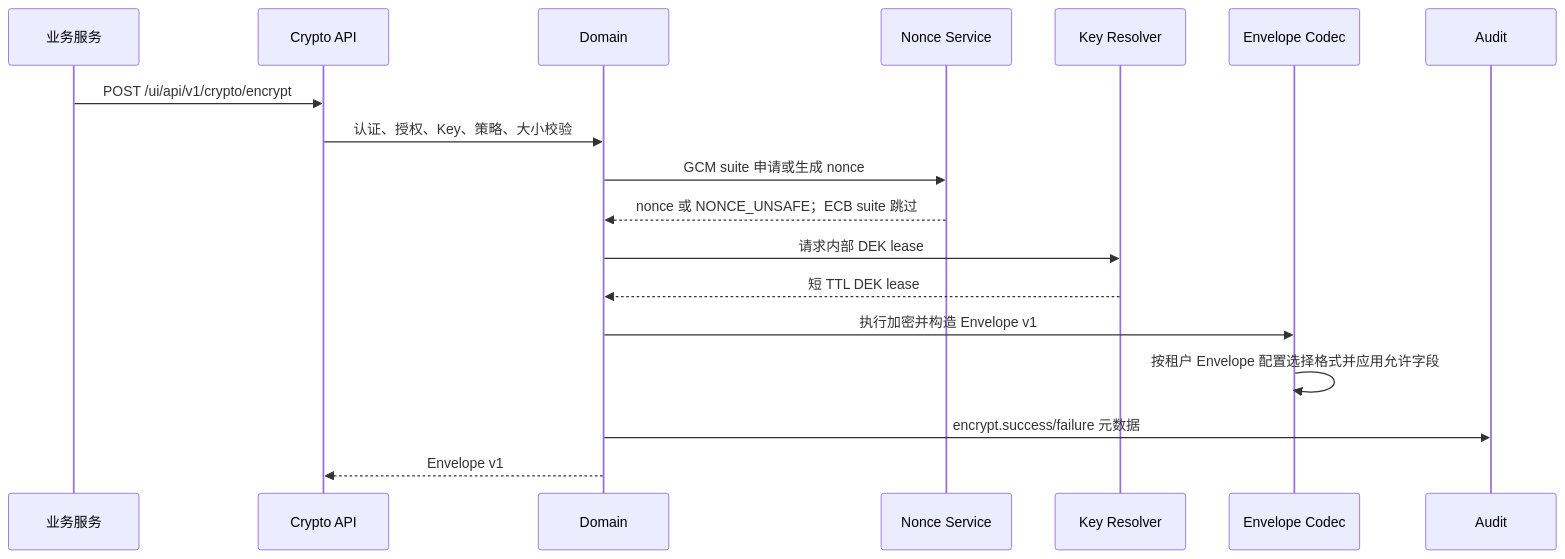
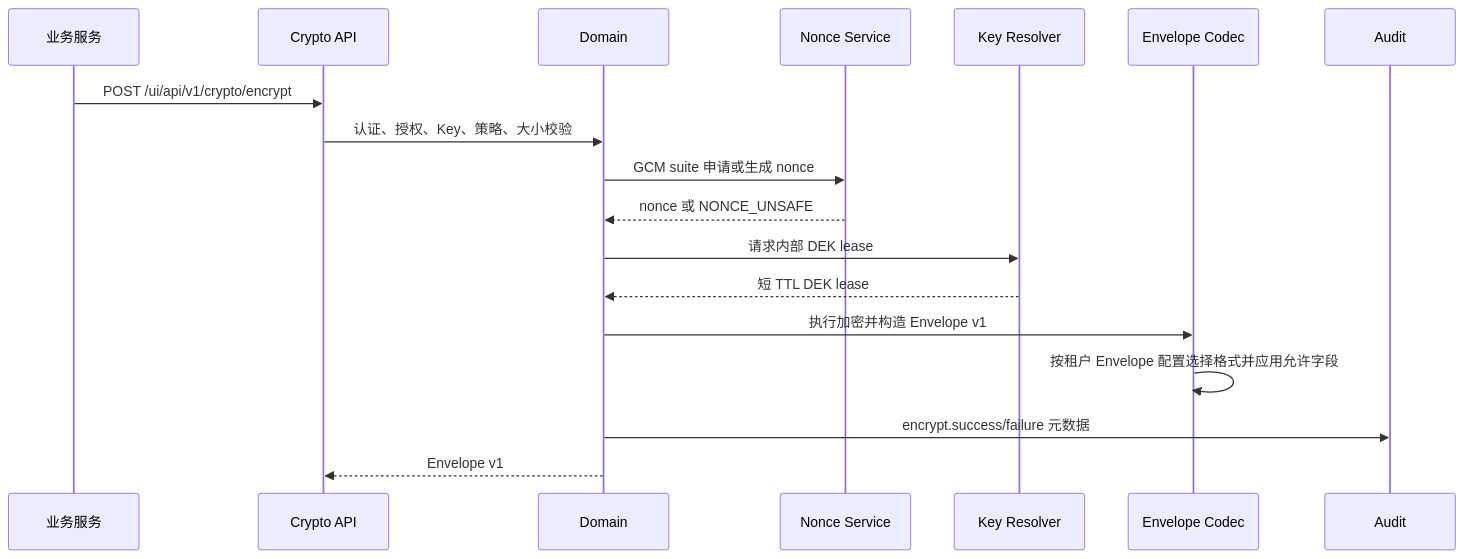
One commit to HangzeGao/key-vault changed the tenth of 10 diagrams in docs/基于TPM2.0的密钥管理与数据加解密系统总体设计.md. Above: the diagram before and after it, drawn with Mermaid. The commit also changed other lines of this file and 123 other files, not shown here.

````diff
--- a/docs/基于TPM2.0的密钥管理与数据加解密系统总体设计.md
+++ b/docs/基于TPM2.0的密钥管理与数据加解密系统总体设计.md
@@ -281,21 +281,21 @@
 ```mermaid
 sequenceDiagram
     participant C as 业务服务
     participant API as Crypto API
     participant D as Domain
     participant N as Nonce Service
     participant K as Key Resolver
     participant E as Envelope Codec
     participant A as Audit
 
     C->>API: POST /ui/api/v1/crypto/encrypt
     API->>D: 认证、授权、Key、策略、大小校验
     D->>N: GCM suite 申请或生成 nonce
-    N-->>D: nonce 或 NONCE_UNSAFE；ECB suite 跳过
+    N-->>D: nonce 或 NONCE_UNSAFE
     D->>K: 请求内部 DEK lease
     K-->>D: 短 TTL DEK lease
     D->>E: 执行加密并构造 Envelope v1
     E->>E: 按租户 Envelope 配置选择格式并应用允许字段
     D->>A: encrypt.success/failure 元数据
     D-->>API: Envelope v1
 ```
````
